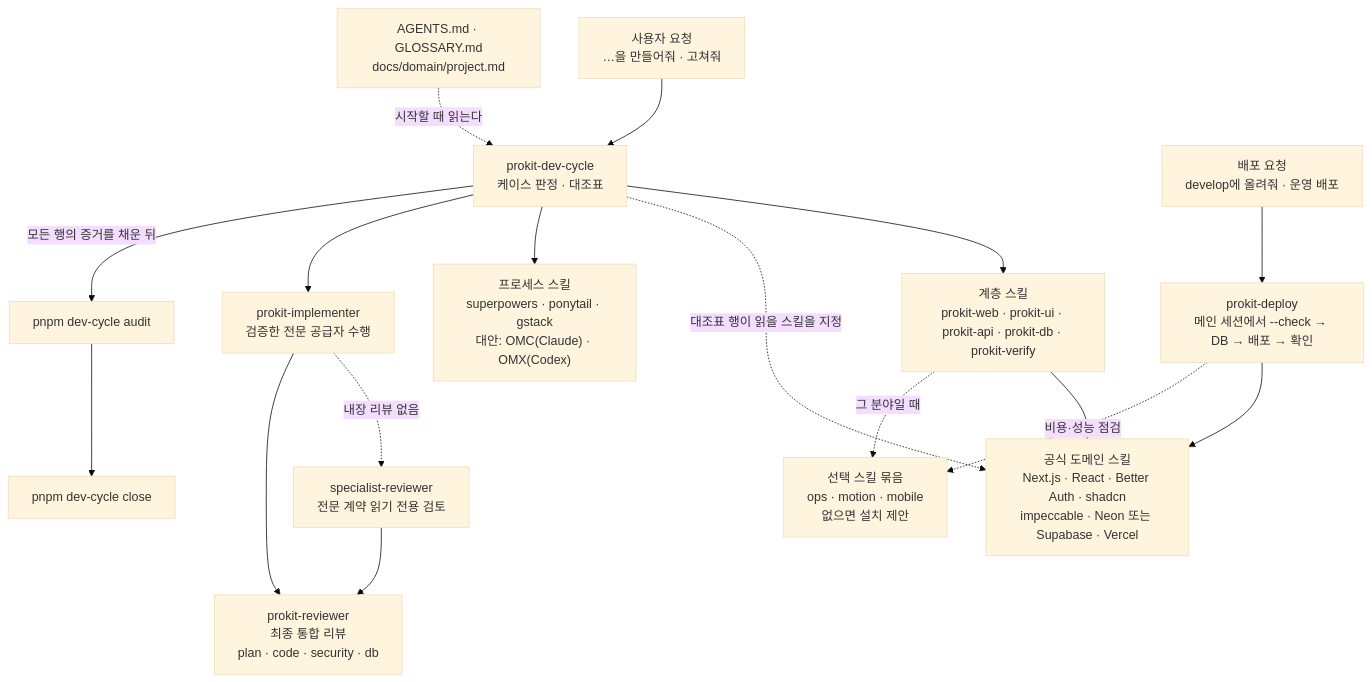
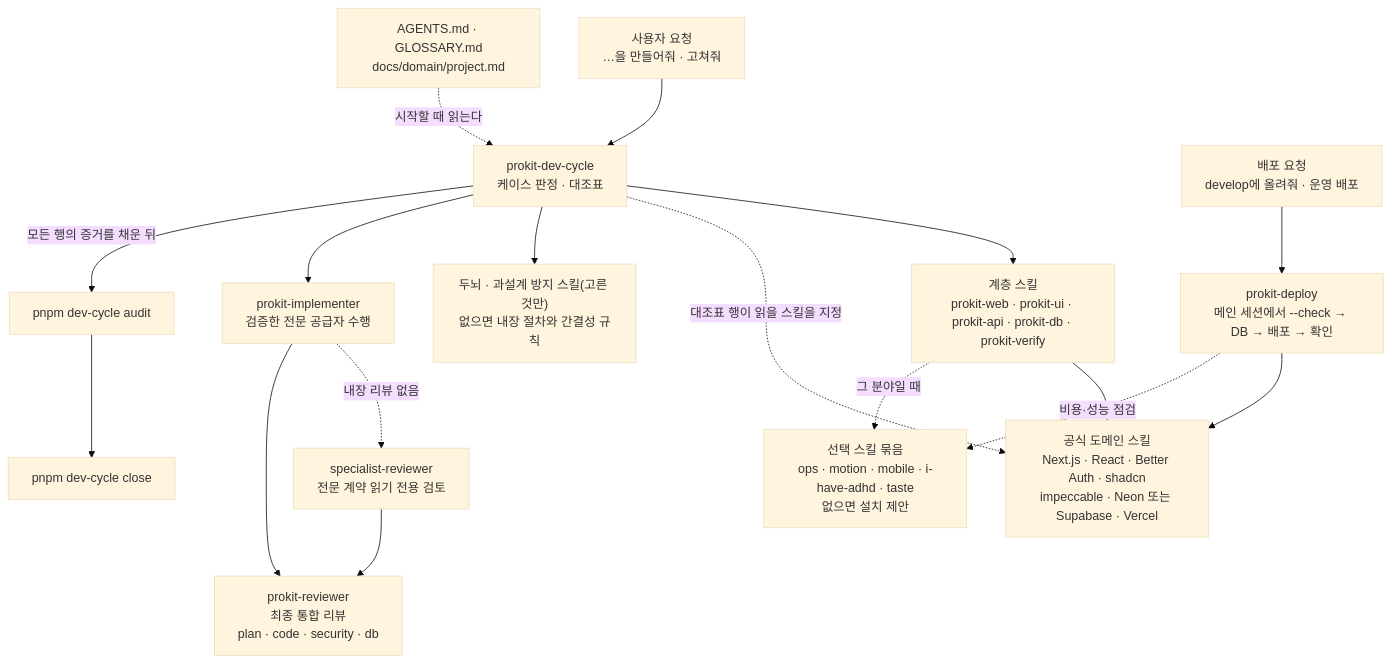
One commit to roadkwon-ai/pro-kit changed the diagram in docs/concepts/harness.md. Above: the diagram before and after it, drawn with Mermaid (base theme). The commit also changed other lines of this file and 756 other files, not shown here.

````diff
--- a/docs/concepts/harness.md
+++ b/docs/concepts/harness.md
@@ -24,19 +24,19 @@
 ```mermaid
 flowchart TD
   REQ["사용자 요청<br/>…을 만들어줘 · 고쳐줘"] --> DC["prokit-dev-cycle<br/>케이스 판정 · 대조표"]
   RULES["AGENTS.md · GLOSSARY.md<br/>docs/domain/project.md"] -.->|시작할 때 읽는다| DC
   DC --> LAYER["계층 스킬<br/>prokit-web · prokit-ui · prokit-api · prokit-db · prokit-verify"]
   LAYER --> OFF["공식 도메인 스킬<br/>Next.js · React · Better Auth · shadcn<br/>impeccable · Neon 또는 Supabase · Vercel"]
   DC -.->|대조표 행이 읽을 스킬을 지정| OFF
   DREQ["배포 요청<br/>develop에 올려줘 · 운영 배포"] --> DEP["prokit-deploy<br/>메인 세션에서 --check → DB → 배포 → 확인"]
   DEP --> OFF
-  LAYER -.->|그 분야일 때| OPT["선택 스킬 묶음<br/>ops · motion · mobile<br/>없으면 설치 제안"]
+  LAYER -.->|그 분야일 때| OPT["선택 스킬 묶음<br/>ops · motion · mobile · i-have-adhd · taste<br/>없으면 설치 제안"]
   DEP -.->|비용·성능 점검| OPT
-  DC --> PROC["프로세스 스킬<br/>superpowers · ponytail · gstack<br/>대안: OMC(Claude) · OMX(Codex)"]
+  DC --> PROC["두뇌 · 과설계 방지 스킬(고른 것만)<br/>없으면 내장 절차와 간결성 규칙"]
   DC --> IMP["prokit-implementer<br/>검증한 전문 공급자 수행"]
   IMP -.->|내장 리뷰 없음| SREV["specialist-reviewer<br/>전문 계약 읽기 전용 검토"]
   IMP --> REV["prokit-reviewer<br/>최종 통합 리뷰<br/>plan · code · security · db"]
   SREV --> REV
   DC -->|모든 행의 증거를 채운 뒤| AUD["pnpm dev-cycle audit"]
   AUD --> CLOSE["pnpm dev-cycle close"]
 ```
````
